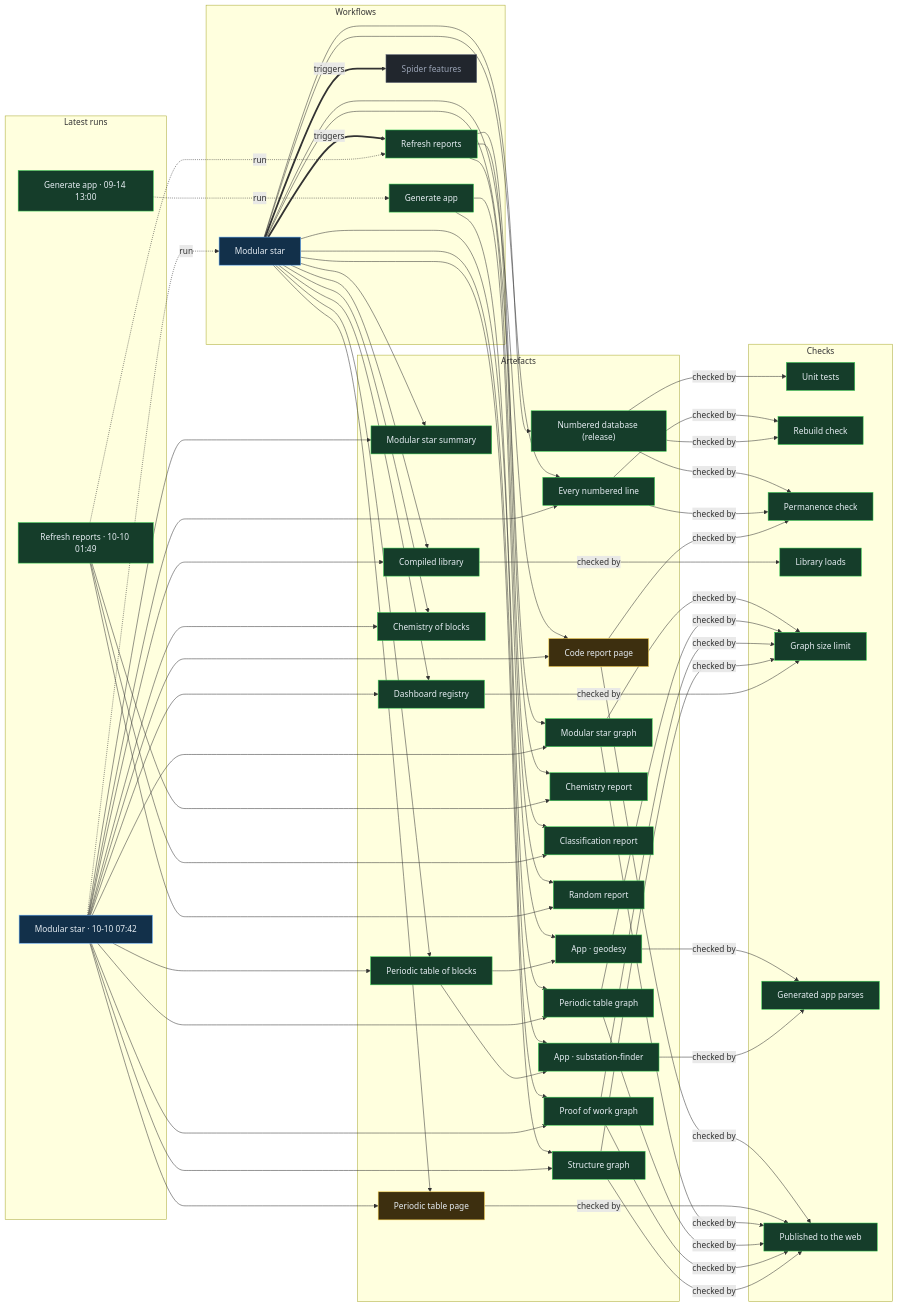
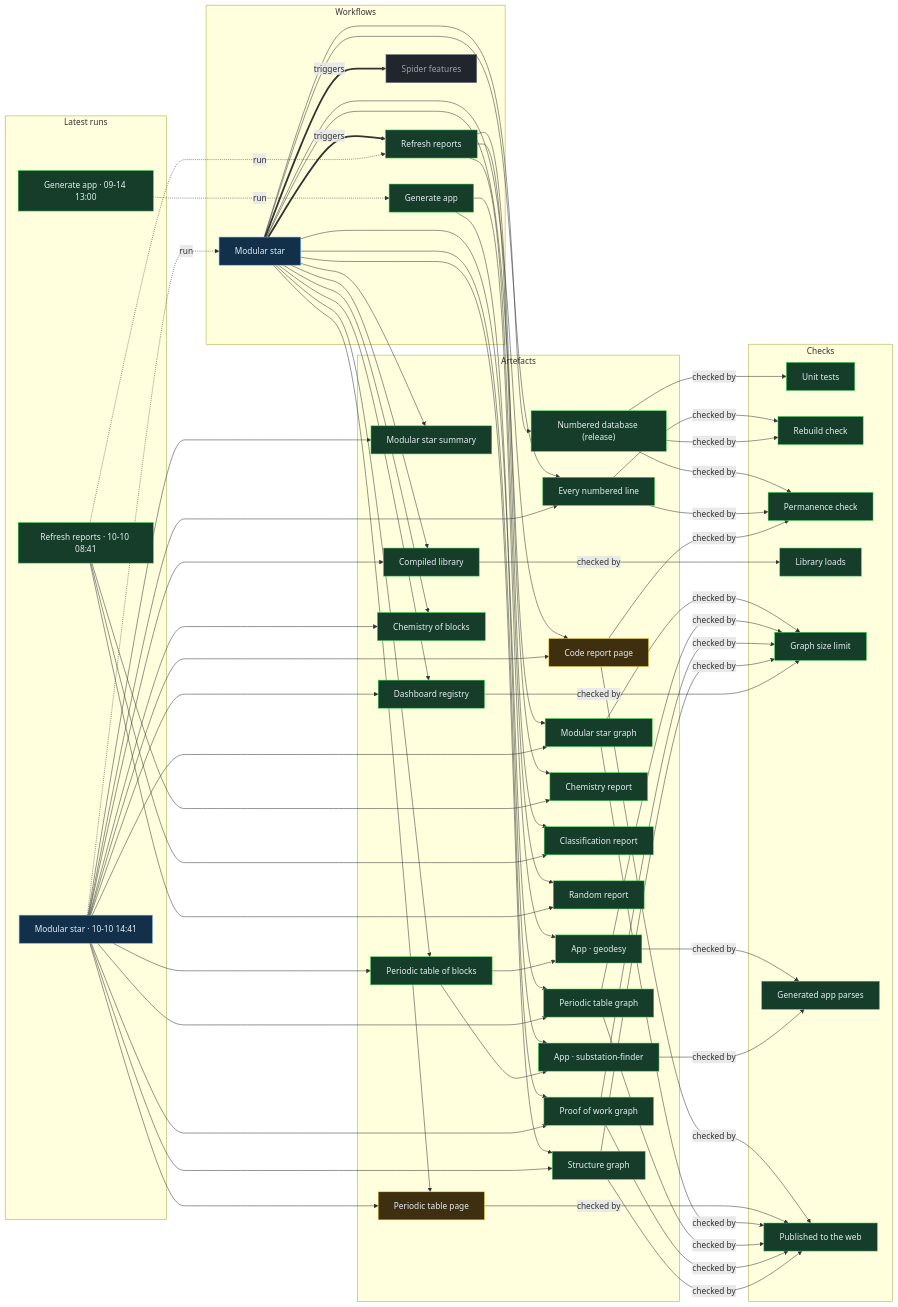
One commit to Ventusltd/stars changed the diagram in proof/PROOF.md. Above: the diagram before and after it, drawn with Mermaid. The commit also changed other lines of this file and 46 other files, not shown here.

Commit message:
Modular star 2026-10-10T14:44Z

```diff
--- a/proof/PROOF.md
+++ b/proof/PROOF.md
@@ -24,8 +24,8 @@
   n_wf_spider_features["Spider features"]:::off
   end
   subgraph g_runs["Latest runs"]
-  n_run_38035356202["Modular star · 10-10 07:42"]:::live
-  n_run_38014635272["Refresh reports · 10-10 01:49"]:::ok
+  n_run_38060611730["Modular star · 10-10 14:41"]:::live
+  n_run_38038741778["Refresh reports · 10-10 08:41"]:::ok
   n_run_34846587798["Generate app · 09-14 13:00"]:::ok
   end
   subgraph g_artefacts["Artefacts"]
@@ -59,39 +59,39 @@
   end
   n_wf_modular_star == triggers ==> n_wf_refresh
   n_wf_modular_star == triggers ==> n_wf_spider_features
-  n_run_38035356202 -. run .-> n_wf_modular_star
-  n_run_38014635272 -. run .-> n_wf_refresh
+  n_run_38060611730 -. run .-> n_wf_modular_star
+  n_run_38038741778 -. run .-> n_wf_refresh
   n_run_34846587798 -. run .-> n_wf_generate
   n_wf_modular_star --> n_art_summary
-  n_run_38035356202 --> n_art_summary
+  n_run_38060611730 --> n_art_summary
   n_wf_modular_star --> n_art_lines
-  n_run_38035356202 --> n_art_lines
+  n_run_38060611730 --> n_art_lines
   n_wf_modular_star --> n_art_code
-  n_run_38035356202 --> n_art_code
+  n_run_38060611730 --> n_art_code
   n_wf_modular_star --> n_art_modular_graph
-  n_run_38035356202 --> n_art_modular_graph
+  n_run_38060611730 --> n_art_modular_graph
   n_wf_modular_star --> n_art_blocks
-  n_run_38035356202 --> n_art_blocks
+  n_run_38060611730 --> n_art_blocks
   n_wf_modular_star --> n_art_table
-  n_run_38035356202 --> n_art_table
+  n_run_38060611730 --> n_art_table
   n_wf_modular_star --> n_art_blocks_graph
-  n_run_38035356202 --> n_art_blocks_graph
+  n_run_38060611730 --> n_art_blocks_graph
   n_wf_modular_star --> n_art_reactions
-  n_run_38035356202 --> n_art_reactions
+  n_run_38060611730 --> n_art_reactions
   n_wf_modular_star --> n_art_library
-  n_run_38035356202 --> n_art_library
+  n_run_38060611730 --> n_art_library
   n_wf_modular_star --> n_art_features
-  n_run_38035356202 --> n_art_features
+  n_run_38060611730 --> n_art_features
   n_wf_modular_star --> n_art_proof
-  n_run_38035356202 --> n_art_proof
+  n_run_38060611730 --> n_art_proof
   n_wf_modular_star --> n_art_structure
-  n_run_38035356202 --> n_art_structure
+  n_run_38060611730 --> n_art_structure
   n_wf_refresh --> n_art_chemistry
-  n_run_38014635272 --> n_art_chemistry
+  n_run_38038741778 --> n_art_chemistry
   n_wf_refresh --> n_art_vedic
-  n_run_38014635272 --> n_art_vedic
+  n_run_38038741778 --> n_art_vedic
   n_wf_refresh --> n_art_random
-  n_run_38014635272 --> n_art_random
+  n_run_38038741778 --> n_art_random
   n_wf_modular_star --> n_art_release
   n_wf_generate --> n_app_geodesy
   n_art_blocks --> n_app_geodesy
```
